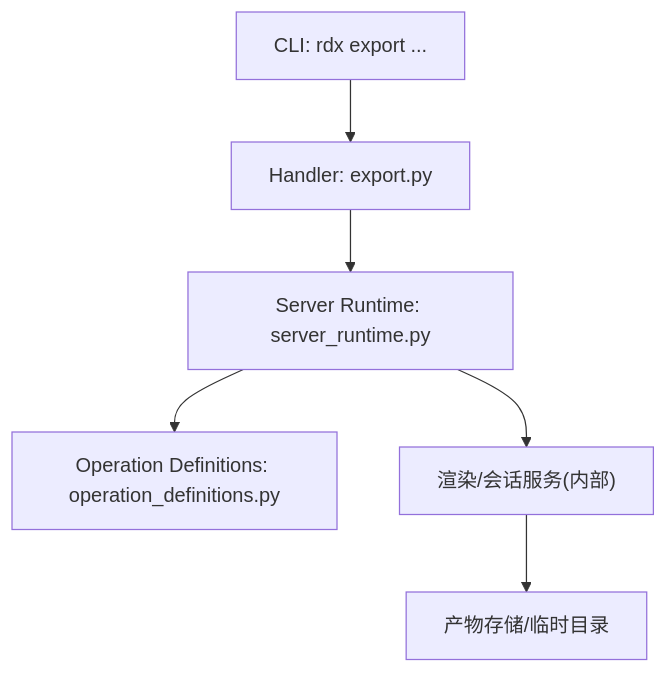
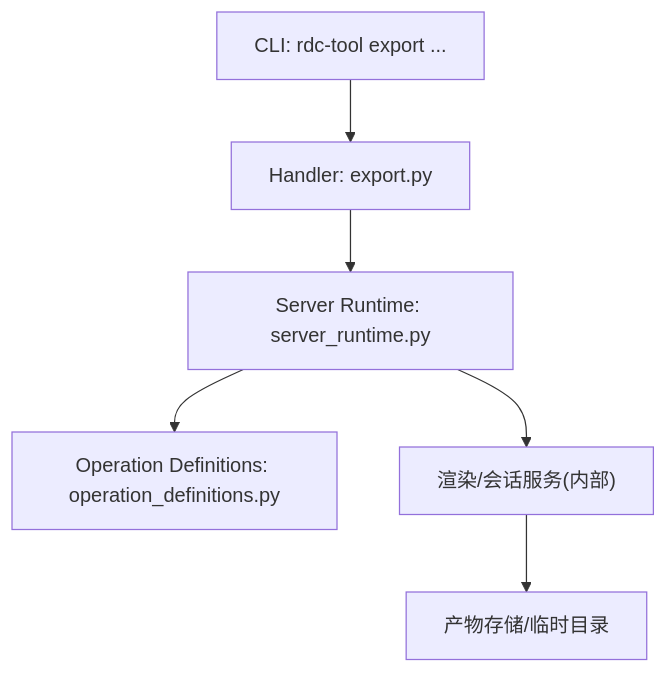
One commit to haolange/RDC-Tool changed the first of 7 diagrams in .qoder/repowiki/zh/content/CLI参考手册/数据导出命令.md. Above: the diagram before and after it, drawn with Mermaid. The commit also changed other lines of this file and 388 other files, not shown here.

First line of the commit message:
Release RDC-Tool identity and public maintenance surface

````diff
--- a/.qoder/repowiki/zh/content/CLI参考手册/数据导出命令.md
+++ b/.qoder/repowiki/zh/content/CLI参考手册/数据导出命令.md
@@ -36,8 +36,8 @@
 ```mermaid
 graph TB
-CLI["CLI: rdx export ..."] --> Handler["Handler: export.py"]
+CLI["CLI: rdc-tool export ..."] --> Handler["Handler: export.py"]
 Handler --> Runtime["Server Runtime: server_runtime.py"]
 Runtime --> Ops["Operation Definitions: operation_definitions.py"]
 Runtime --> Services["渲染/会话服务(内部)"]
 Services --> Artifacts["产物存储/临时目录"]
 ```
````
